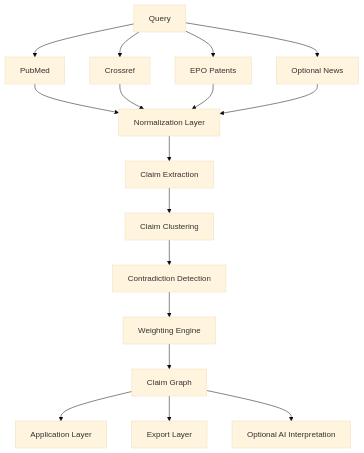
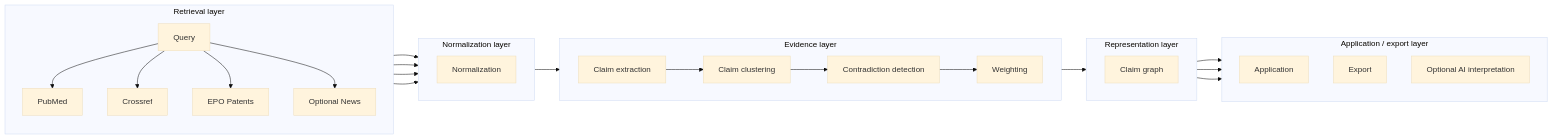
The first of 2 diagrams in posts/atlas.mdx (MonikaDvorackova/monikadvorackova.net), drawn with Mermaid (base theme) before and after one commit. The commit also changed other lines of this file and 8 other files, not shown here.

````diff
--- a/posts/atlas.mdx
+++ b/posts/atlas.mdx
@@ -75,26 +75,48 @@
 ```mermaid
-flowchart TD
+flowchart LR
+  %% Layered view (matches DI360 styling)
+  subgraph L1[Retrieval layer]
+    direction TB
+    Q[Query]
+    R1[PubMed]
+    R2[Crossref]
+    R3[EPO Patents]
+    R4[Optional News]
+    Q --> R1
+    Q --> R2
+    Q --> R3
+    Q --> R4
+  end
 
-Q[Query]
+  subgraph L2[Normalization layer]
+    direction LR
+    N[Normalization]
+  end
 
-Q --> R1[PubMed]
-Q --> R2[Crossref]
-Q --> R3[EPO Patents]
-Q --> R4[Optional News]
+  subgraph L3[Evidence layer]
+    direction LR
+    CE[Claim extraction] --> CL[Claim clustering] --> CD[Contradiction detection] --> W[Weighting]
+  end
 
-R1 --> N[Normalization Layer]
-R2 --> N
-R3 --> N
-R4 --> N
+  subgraph L4[Representation layer]
+    direction LR
+    CG[Claim graph]
+  end
 
-N --> CE[Claim Extraction]
-CE --> CL[Claim Clustering]
-CL --> CD[Contradiction Detection]
-CD --> W[Weighting Engine]
+  subgraph L5[Application / export layer]
+    direction TB
+    UI[Application]
+    EXP[Export]
+    AI[Optional AI interpretation]
+  end
 
-W --> CG[Claim Graph]
-
-CG --> UI[Application Layer]
-CG --> EXP[Export Layer]
-CG --> AI[Optional AI Interpretation]
+  R1 --> N
+  R2 --> N
+  R3 --> N
+  R4 --> N
+  N --> CE
+  W --> CG
+  CG --> UI
+  CG --> EXP
+  CG --> AI
 ```
````
